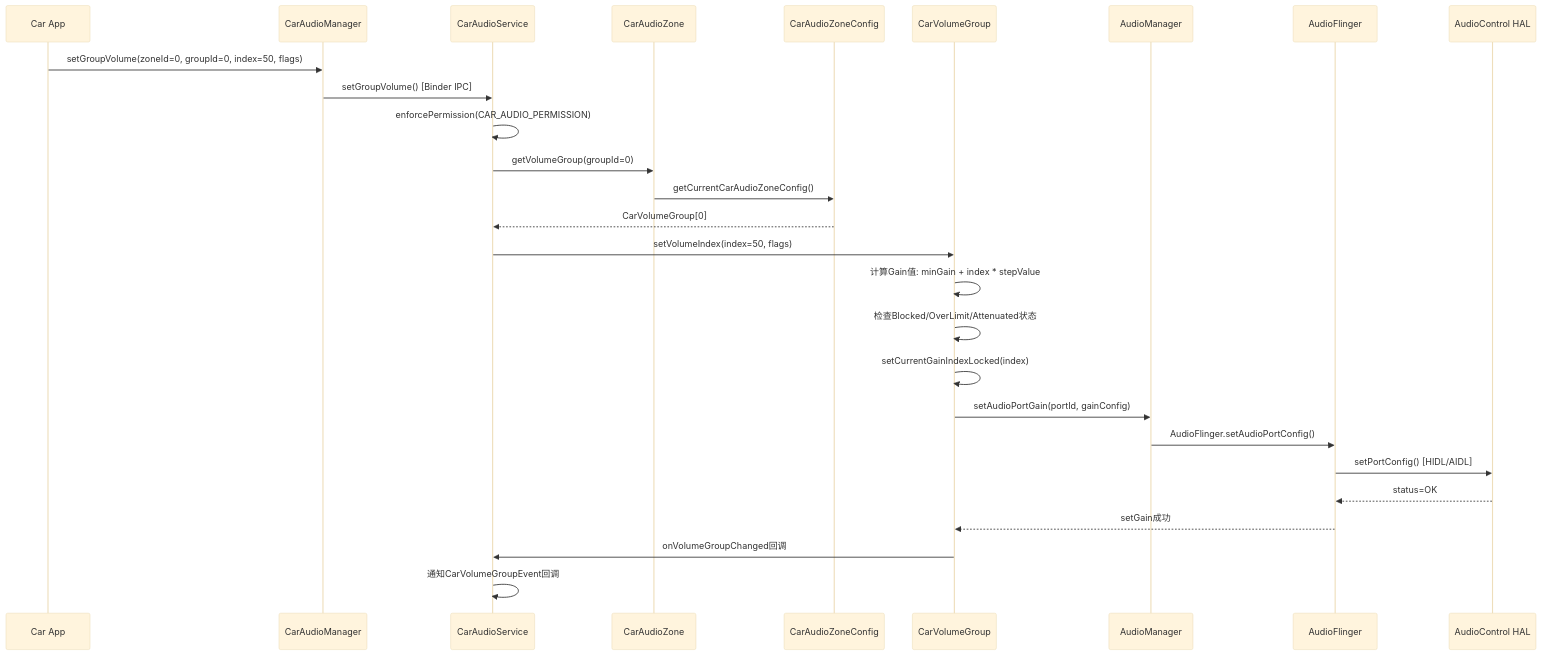
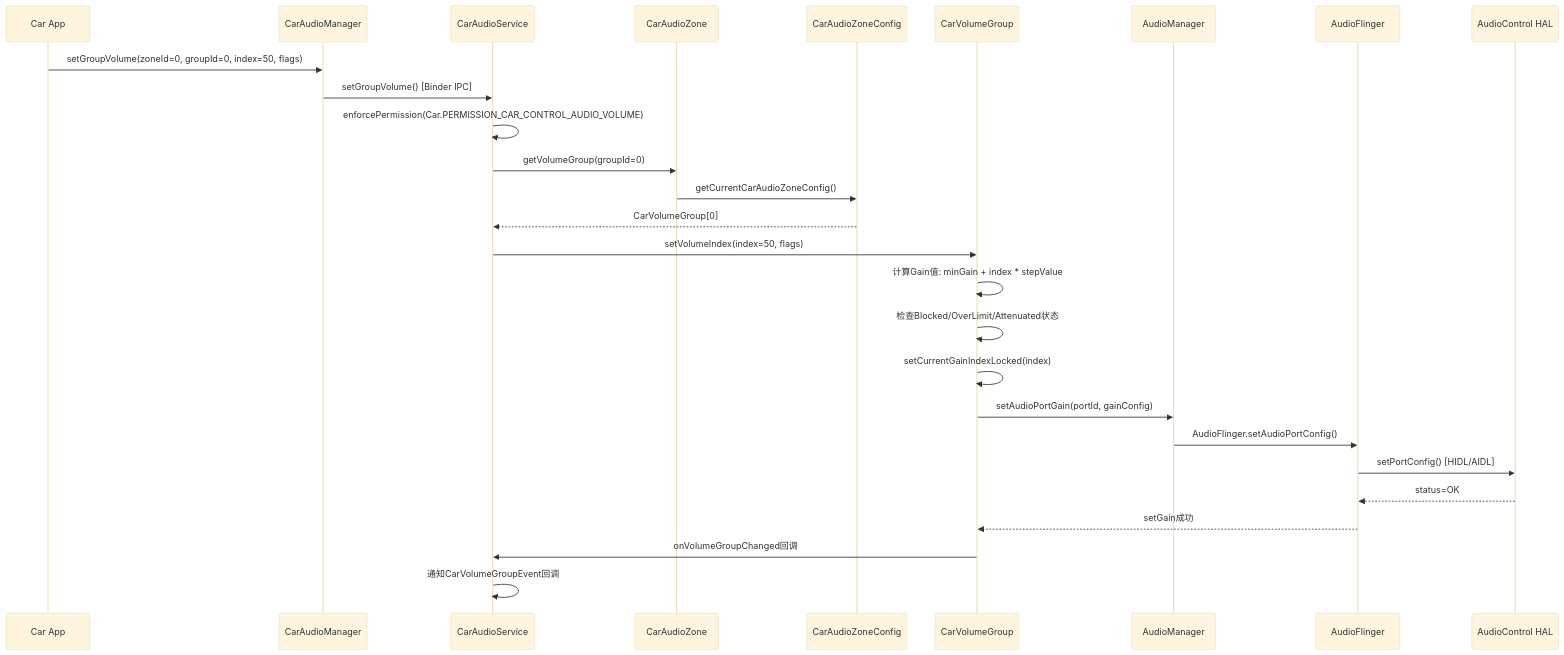
One commit to yanglinzhen1022/SA8295_AAOS_QNX_Audio_KnowledgeBase changed the first of 9 diagrams in 09_AAOS_Car_Audio/09_9.8_AAOS多Zone全栈调用链.md. Above: the diagram before and after it, drawn with Mermaid (base theme). The commit also changed other lines of this file and 58 other files, not shown here.

````diff
--- a/09_AAOS_Car_Audio/09_9.8_AAOS多Zone全栈调用链.md
+++ b/09_AAOS_Car_Audio/09_9.8_AAOS多Zone全栈调用链.md
@@ -15,29 +15,29 @@
 ```mermaid
 sequenceDiagram
     participant CarApp as Car App
     participant CarAM as CarAudioManager
     participant CarSvc as CarAudioService
     participant CZ as CarAudioZone
     participant CZC as CarAudioZoneConfig
     participant CVG as CarVolumeGroup
     participant AM as AudioManager
     participant AF as AudioFlinger
     participant HAL as AudioControl HAL
     CarApp->>CarAM: setGroupVolume(zoneId=0, groupId=0, index=50, flags)
     CarAM->>CarSvc: setGroupVolume() [Binder IPC]
-    CarSvc->>CarSvc: enforcePermission(CAR_AUDIO_PERMISSION)
+    CarSvc->>CarSvc: enforcePermission(Car.PERMISSION_CAR_CONTROL_AUDIO_VOLUME)
     CarSvc->>CZ: getVolumeGroup(groupId=0)
     CZ->>CZC: getCurrentCarAudioZoneConfig()
     CZC-->>CarSvc: CarVolumeGroup[0]
     CarSvc->>CVG: setVolumeIndex(index=50, flags)
     CVG->>CVG: 计算Gain值: minGain + index * stepValue
     CVG->>CVG: 检查Blocked/OverLimit/Attenuated状态
     CVG->>CVG: setCurrentGainIndexLocked(index)
     CVG->>AM: setAudioPortGain(portId, gainConfig)
     AM->>AF: AudioFlinger.setAudioPortConfig()
     AF->>HAL: setPortConfig() [HIDL/AIDL]
     HAL-->>AF: status=OK
     AF-->>CVG: setGain成功
     CVG->>CarSvc: onVolumeGroupChanged回调
     CarSvc->>CarSvc: 通知CarVolumeGroupEvent回调
 ```
````
